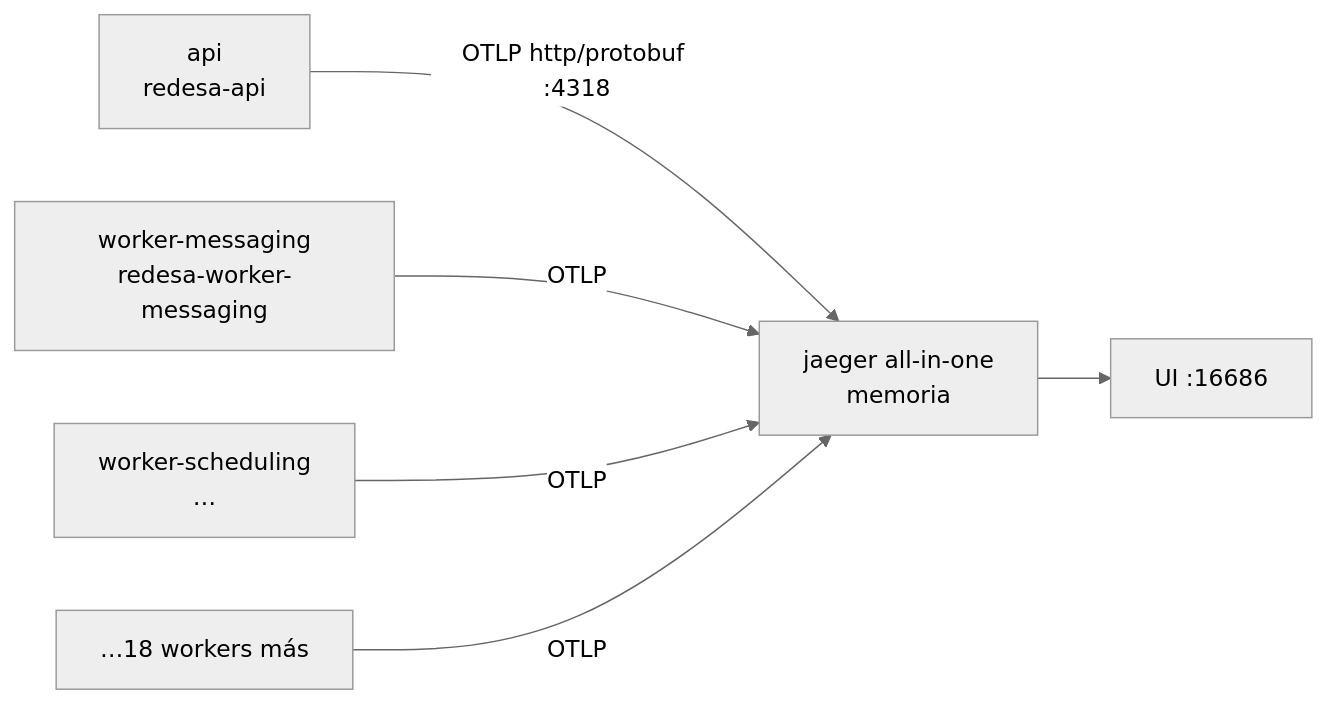
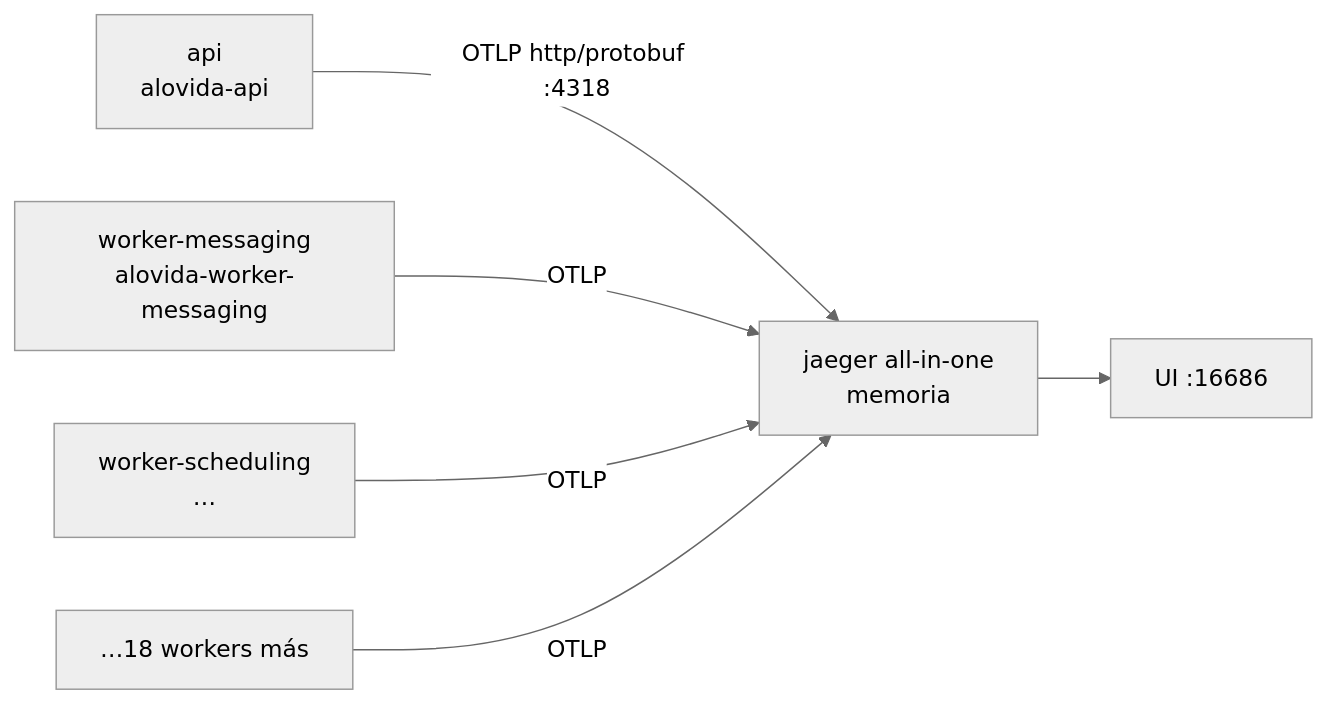
One commit to mdavila-2001/mantra-core-health-api changed the first of 3 diagrams in docs/observability/01-architecture-design.md. Above: the diagram before and after it, drawn with Mermaid (neutral theme). The commit also changed other lines of this file and 143 other files, not shown here.

First line of the commit message:
refactor(marca): fuera REDESA y VITARA — el nombre es ALOVIDA

````diff
--- a/docs/observability/01-architecture-design.md
+++ b/docs/observability/01-architecture-design.md
@@ -21,8 +21,8 @@
 ```mermaid
 flowchart LR
-  API["api<br/>redesa-api"] -->|OTLP http/protobuf :4318| J
-  W1["worker-messaging<br/>redesa-worker-messaging"] -->|OTLP| J
+  API["api<br/>alovida-api"] -->|OTLP http/protobuf :4318| J
+  W1["worker-messaging<br/>alovida-worker-messaging"] -->|OTLP| J
   W2["worker-scheduling<br/>…"] -->|OTLP| J
   W3["…18 workers más"] -->|OTLP| J
   J["jaeger all-in-one<br/>memoria"] --> UI["UI :16686"]
 ```
````
